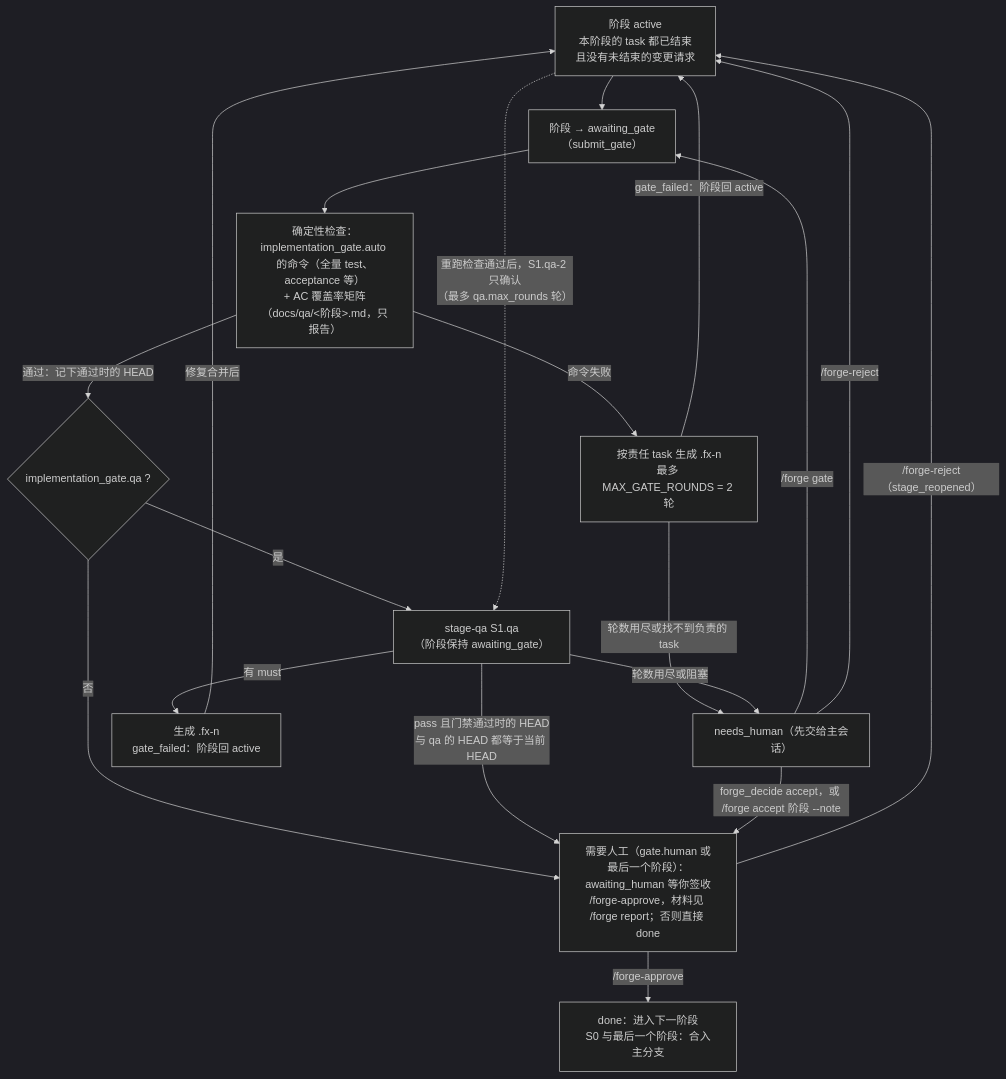
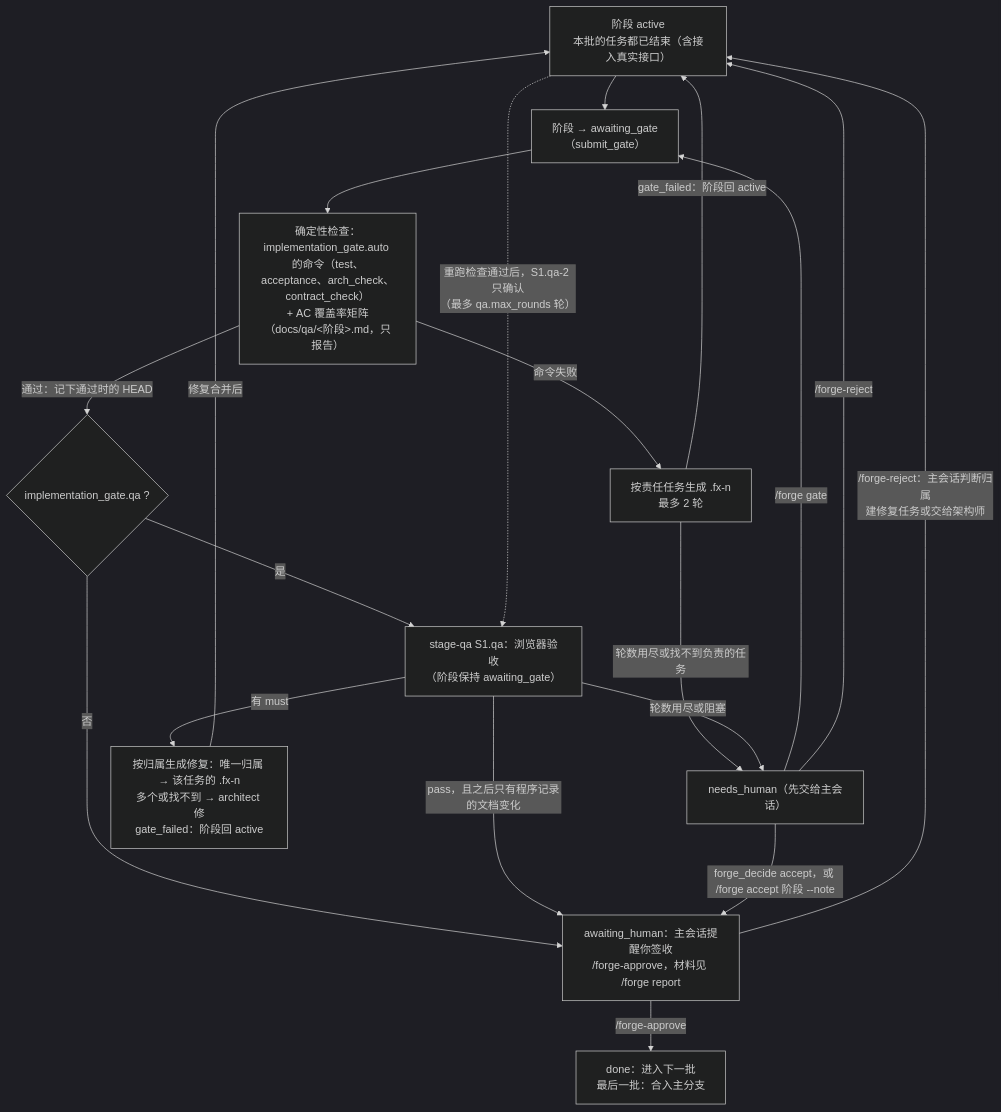
The fifth of 7 diagrams in docs/flow.md (M2tHane/pi-forge), drawn with Mermaid (dark theme) before and after one commit. The commit also changed other lines of this file and 48 other files, not shown here.

````diff
--- a/docs/flow.md
+++ b/docs/flow.md
@@ -112,23 +110,23 @@
 ```mermaid
 flowchart TD
-    W["阶段 active<br/>本阶段的 task 都已结束<br/>且没有未结束的变更请求"] --> G["阶段 → awaiting_gate<br/>（submit_gate）"]
-    G --> CHK["确定性检查：<br/>implementation_gate.auto 的命令（全量 test、acceptance 等）<br/>+ AC 覆盖率矩阵（docs/qa/&lt;阶段&gt;.md，只报告）"]
-    CHK -->|"命令失败"| FIX["按责任 task 生成 .fx-n<br/>最多 MAX_GATE_ROUNDS = 2 轮"]
+    W["阶段 active<br/>本批的任务都已结束（含接入真实接口）"] --> G["阶段 → awaiting_gate<br/>（submit_gate）"]
+    G --> CHK["确定性检查：<br/>implementation_gate.auto 的命令（test、acceptance、arch_check、contract_check）<br/>+ AC 覆盖率矩阵（docs/qa/&lt;阶段&gt;.md，只报告）"]
+    CHK -->|"命令失败"| FIX["按责任任务生成 .fx-n<br/>最多 2 轮"]
     FIX -->|"gate_failed：阶段回 active"| W
-    FIX -->|"轮数用尽或找不到负责的 task"| NH
+    FIX -->|"轮数用尽或找不到负责的任务"| NH
     CHK -->|"通过：记下通过时的 HEAD"| QAQ{"implementation_gate.qa ?"}
     QAQ -- 否 --> SIGN
-    QAQ -- 是 --> QA["stage-qa S1.qa<br/>（阶段保持 awaiting_gate）"]
-    QA -->|"有 must"| QFX["生成 .fx-n<br/>gate_failed：阶段回 active"]
+    QAQ -- 是 --> QA["stage-qa S1.qa：浏览器验收<br/>（阶段保持 awaiting_gate）"]
+    QA -->|"有 must"| QFX["按归属生成修复：唯一归属 → 该任务的 .fx-n<br/>多个或找不到 → architect 修<br/>gate_failed：阶段回 active"]
     QFX -->|"修复合并后"| W
     W -.->|"重跑检查通过后，S1.qa-2 只确认<br/>（最多 qa.max_rounds 轮）"| QA
     QA -->|"轮数用尽或阻塞"| NH
-    QA -->|"pass 且门禁通过时的 HEAD<br/>与 qa 的 HEAD 都等于当前 HEAD"| SIGN
-    SIGN["需要人工（gate.human 或最后一个阶段）：awaiting_human 等你签收<br/>/forge-approve，材料见 /forge report；否则直接 done"]
+    QA -->|"pass，且之后只有程序记录的文档变化"| SIGN
+    SIGN["awaiting_human：主会话提醒你签收<br/>/forge-approve，材料见 /forge report"]
     NH["needs_human（先交给主会话）"]
     NH -->|"forge_decide accept，或 /forge accept 阶段 --note"| SIGN
     NH -->|"/forge gate"| G
     NH -->|"/forge-reject"| W
-    SIGN -->|"/forge-reject（stage_reopened）"| W
-    SIGN -->|"/forge-approve"| DONE["done：进入下一阶段<br/>S0 与最后一个阶段：合入主分支"]
+    SIGN -->|"/forge-reject：主会话判断归属<br/>建修复任务或交给架构师"| W
+    SIGN -->|"/forge-approve"| DONE["done：进入下一批<br/>最后一批：合入主分支"]
 ```
````
